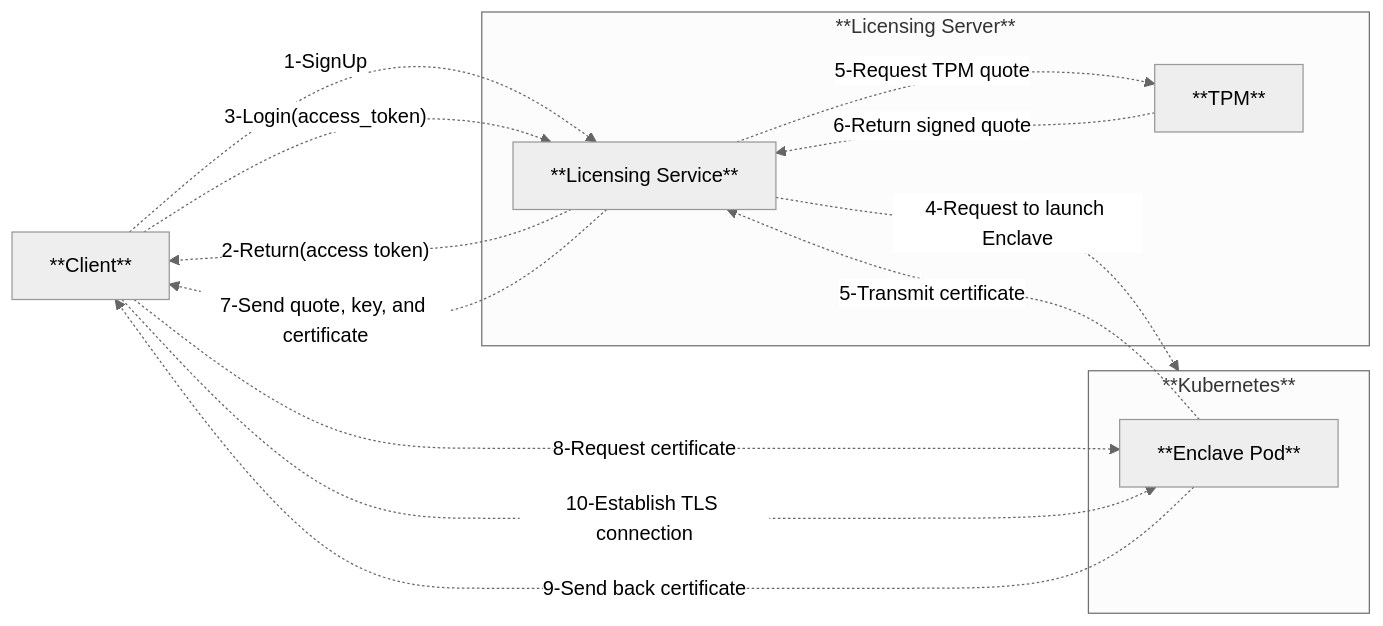
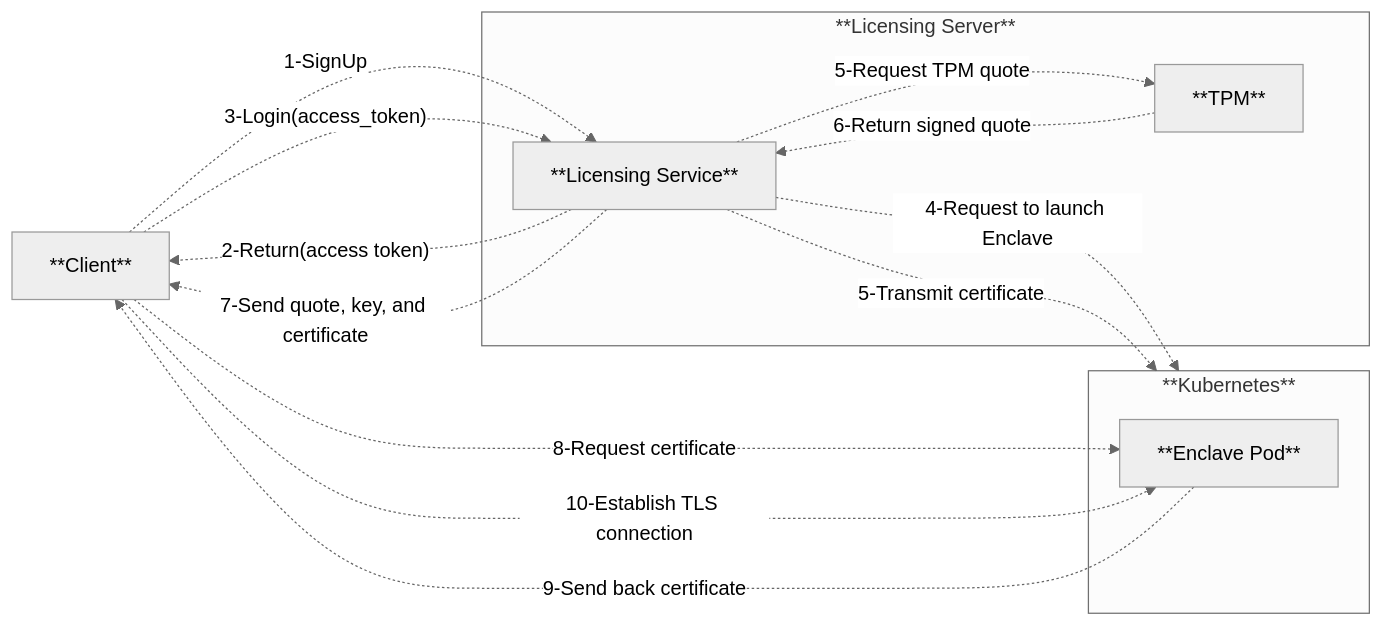
One commit to mmbazm/secure_license_server changed the first of 3 diagrams in README.md. Above: the diagram before and after it, drawn with Mermaid (neutral theme). The commit also changed other lines of this file, not shown here.

````diff
--- a/README.md
+++ b/README.md
@@ -130,23 +130,23 @@
 ```mermaid
 flowchart LR
     A["**Client**"] -. 1-SignUp .-> B["**Licensing Service**"]
     B -. 2-Return(access token) .-> A
     A -. 3-Login(access_token) .-> B
     
     subgraph K["**Kubernetes**"]
         C["**Enclave Pod**"]
     end
     
     B -. 4-Request to launch Enclave .-> K
-    C -. 5-Transmit certificate .-> B
+    B -. 5-Transmit certificate .-> K
     
     subgraph L["**Licensing Server**"]
         B -. 5-Request TPM quote .-> D["**TPM**"]
         D -. 6-Return signed quote .-> B
     end
 
     B -. 7-Send quote, key, and certificate .-> A    
     A -. 8-Request certificate .-> C
     C -. 9-Send back certificate .-> A
     A -. 10-Establish TLS connection .-> C
 ```
````
